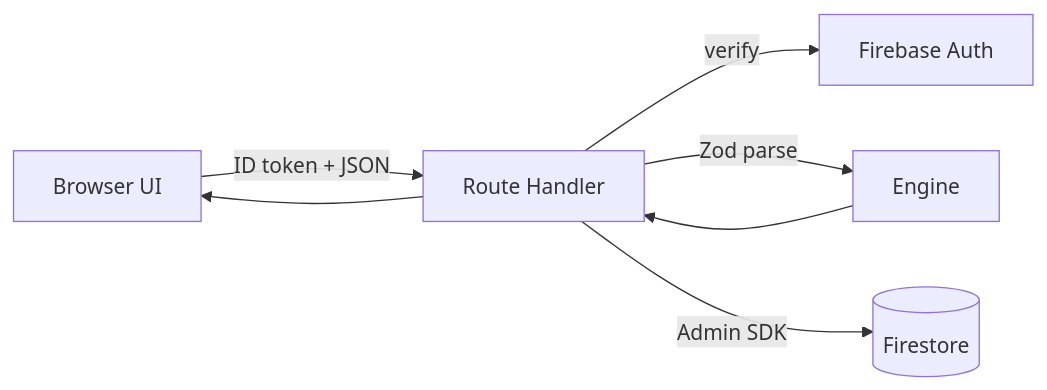
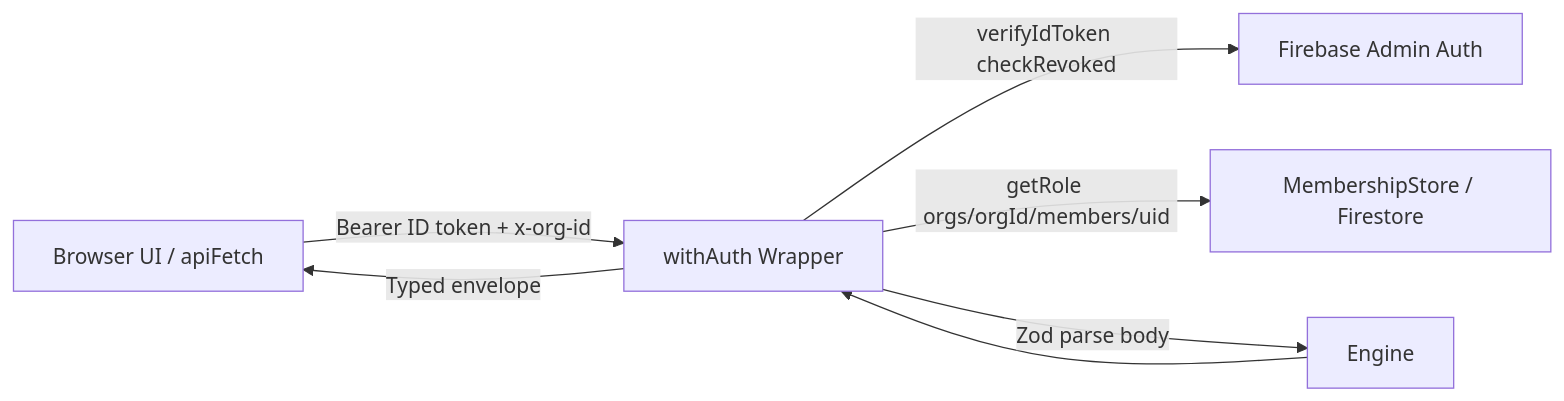
Before and after one commit to yugdhaigude876/HackForge: the first of 2 diagrams in docs/ARCHITECTURE.md, drawn with Mermaid. The commit also changed other lines of this file and 21 other files, not shown here.

Commit message:
feat: implement Basel III liquidity decision engine and Firebase authentication backend

````diff
--- a/docs/ARCHITECTURE.md
+++ b/docs/ARCHITECTURE.md
@@ -22,9 +54,9 @@
 ```mermaid
 flowchart LR
-  U[Browser UI] -->|ID token + JSON| R[Route Handler]
-  R -->|verify| A[Firebase Auth]
-  R -->|Zod parse| E[Engine]
-  E --> R
-  R -->|Admin SDK| F[(Firestore)]
-  R --> U
+  U[Browser UI / apiFetch] -->|Bearer ID token + x-org-id| W[withAuth Wrapper]
+  W -->|verifyIdToken checkRevoked| A[Firebase Admin Auth]
+  W -->|getRole orgs/orgId/members/uid| M[MembershipStore / Firestore]
+  W -->|Zod parse body| E[Engine]
+  E --> W
+  W -->|Typed envelope| U
 ```
````
